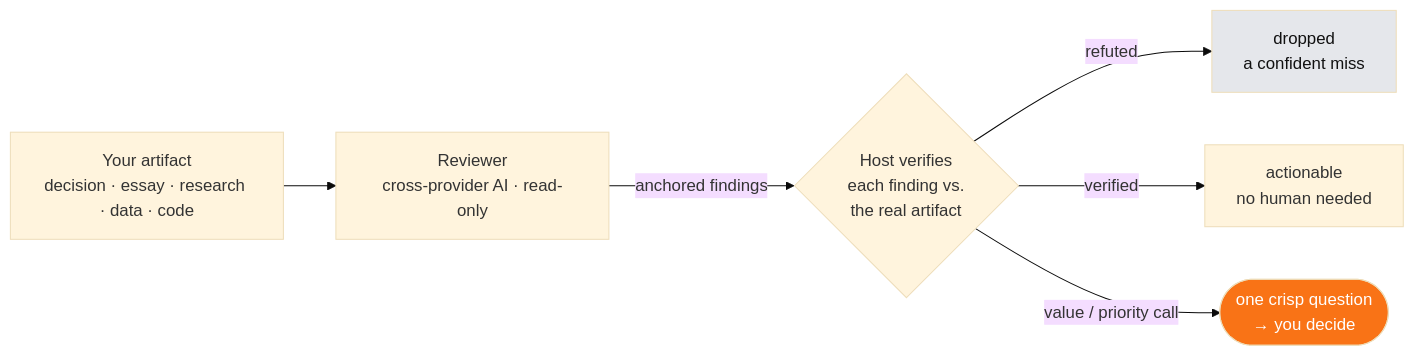
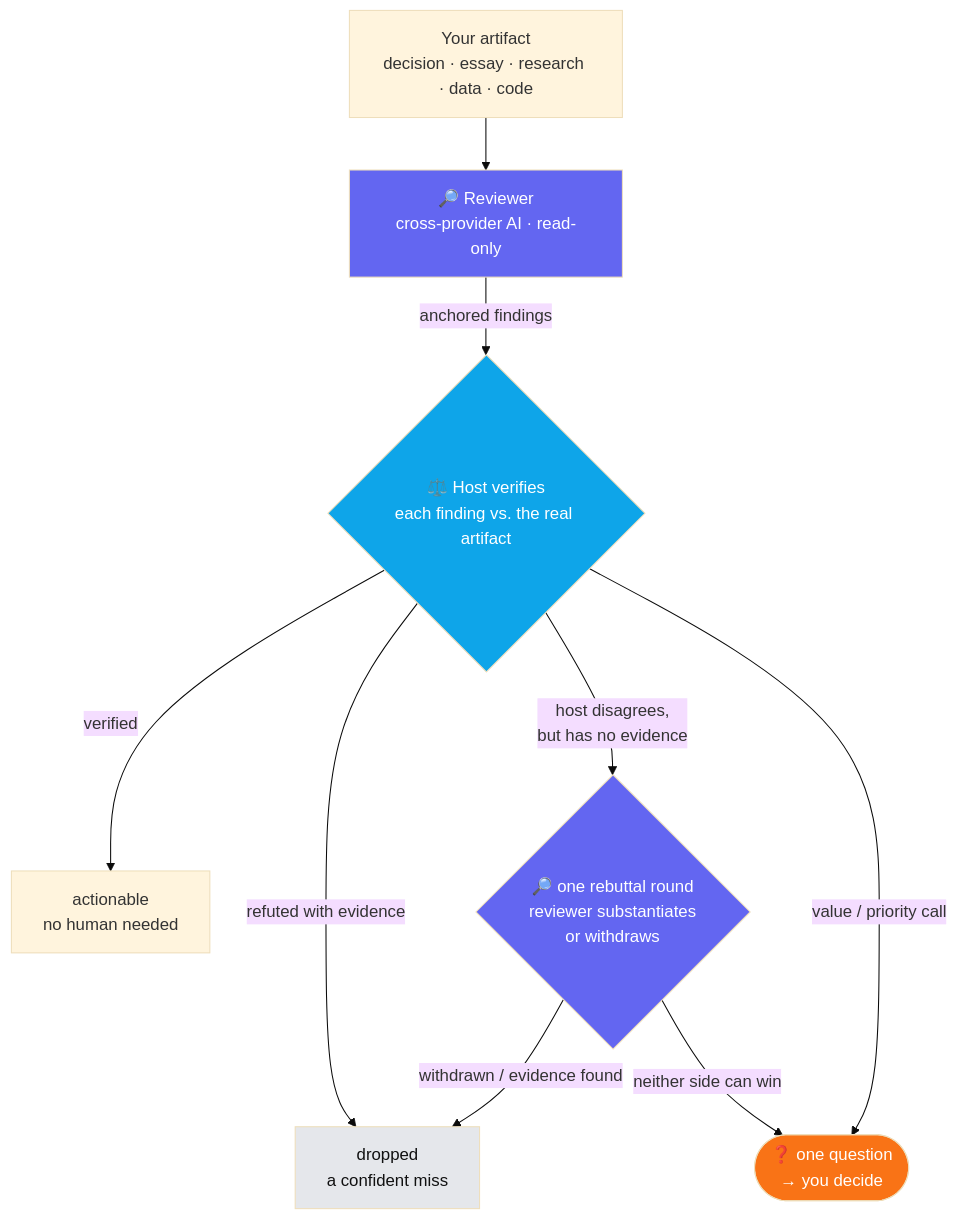
One commit to windaddict/impasse changed the first of 2 diagrams in README.md. Above: the diagram before and after it, drawn with Mermaid (base theme). The commit also changed other lines of this file and 4 other files, not shown here.

First line of the commit message:
protocol: an evidence-less refutation is a deadlock, not a rejection (dispute_kind + schema)

````diff
--- a/README.md
+++ b/README.md
@@ -11,10 +11,16 @@
 ```mermaid
-flowchart LR
-    A["Your artifact<br/>decision · essay · research · data · code"] --> R["Reviewer<br/>cross-provider AI · read-only"]
-    R -->|"anchored findings"| V{"Host verifies<br/>each finding vs.<br/>the real artifact"}
-    V -->|"refuted"| X["dropped<br/>a confident miss"]
+flowchart TB
+    A["Your artifact<br/>decision · essay · research · data · code"] --> R["🔎 Reviewer<br/>cross-provider AI · read-only"]
+    R -->|"anchored findings"| V{"⚖️ Host verifies<br/>each finding vs. the real artifact"}
     V -->|"verified"| F["actionable<br/>no human needed"]
-    V -->|"value / priority call"| Q(["one crisp question<br/>→ you decide"])
+    V -->|"refuted with evidence"| X["dropped<br/>a confident miss"]
+    V -->|"host disagrees,<br/>but has no evidence"| RB{"🔎 one rebuttal round<br/>reviewer substantiates<br/>or withdraws"}
+    V -->|"value / priority call"| Q(["❓ one question<br/>→ you decide"])
+    RB -->|"withdrawn / evidence found"| X
+    RB -->|"neither side can win"| Q
+    style R fill:#6366f1,color:#fff
+    style RB fill:#6366f1,color:#fff
+    style V fill:#0ea5e9,color:#fff
     style Q fill:#f97316,color:#fff
     style X fill:#e5e7eb,color:#111
 ```
````
